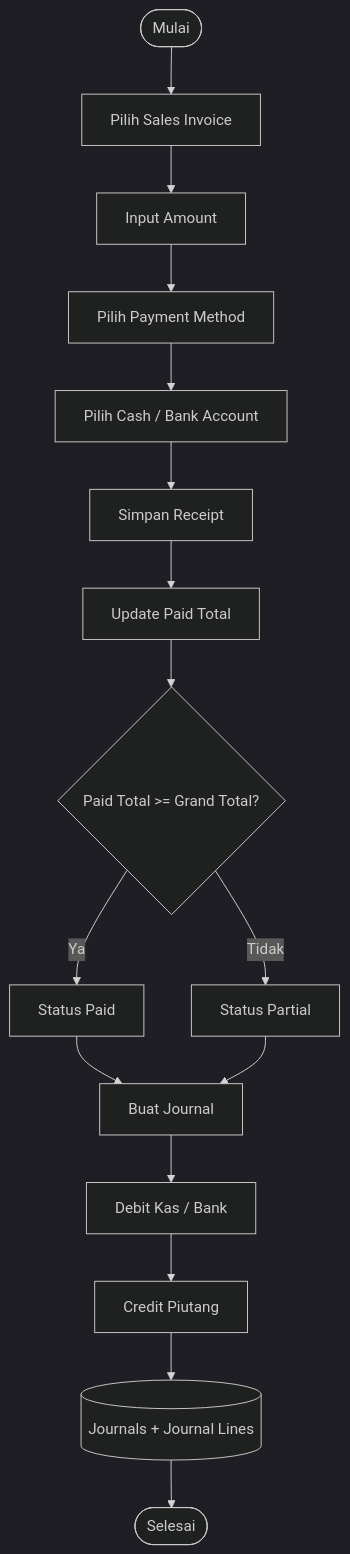
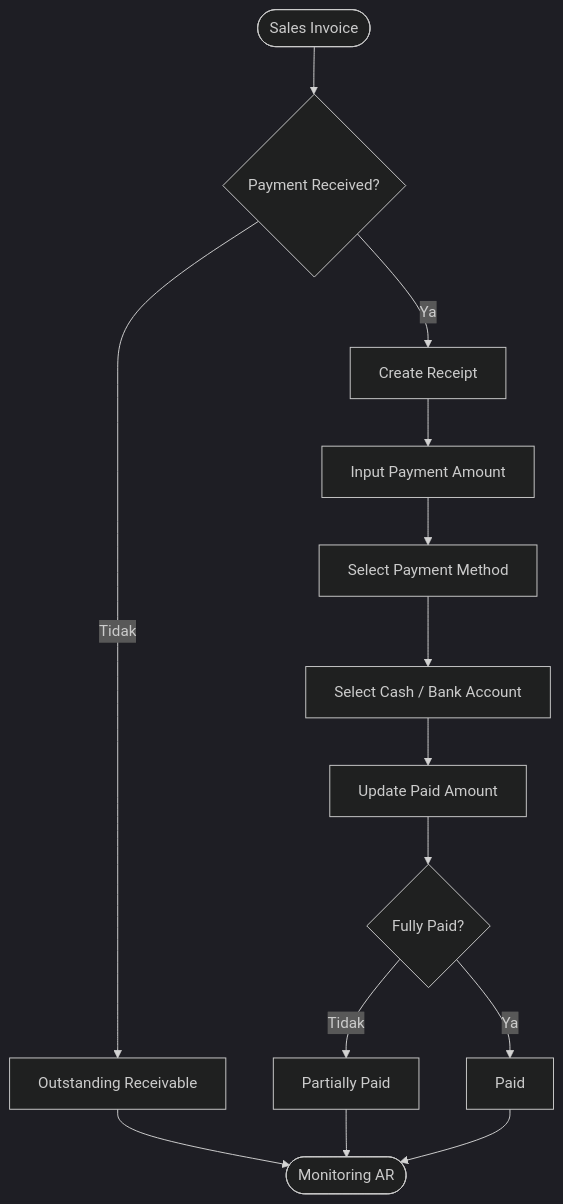
Before and after one commit to ahmadfaiqm/flowcash: the eighth of 17 diagrams in docs/flowchart/flowchart.md, drawn with Mermaid (dark theme). The commit also changed other lines of this file, not shown here.

Commit message:
feat/FlowChartBaru

````diff
--- a/docs/flowchart/flowchart.md
+++ b/docs/flowchart/flowchart.md
@@ -433,24 +207,16 @@
 ```mermaid
 flowchart TD
-    A([Mulai]) --> B[Pilih Sales Invoice]
-    B --> C[Input Amount]
-    C --> D[Pilih Payment Method]
-    D --> E[Pilih Cash / Bank Account]
-
-    E --> F[Simpan Receipt]
-    F --> G[Update Paid Total]
-
-    G --> H{Paid Total >= Grand Total?}
-
-    H -- Ya --> I[Status Paid]
-    H -- Tidak --> J[Status Partial]
-
-    I --> K[Buat Journal]
-    J --> K
-
-    K --> L[Debit Kas / Bank]
-    L --> M[Credit Piutang]
-    M --> N[(Journals + Journal Lines)]
-
-    N --> Z([Selesai])
+    A([Sales Invoice]) --> B{Payment Received?}
+    B -->|Tidak| C[Outstanding Receivable]
+    B -->|Ya| D[Create Receipt]
+    D --> E[Input Payment Amount]
+    E --> F[Select Payment Method]
+    F --> G[Select Cash / Bank Account]
+    G --> H[Update Paid Amount]
+    H --> I{Fully Paid?}
+    I -->|Tidak| J[Partially Paid]
+    I -->|Ya| K[Paid]
+    C --> L([Monitoring AR])
+    J --> L
+    K --> L
 ```
````
